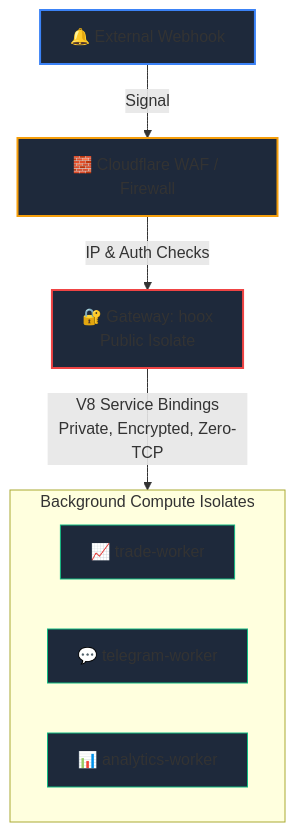
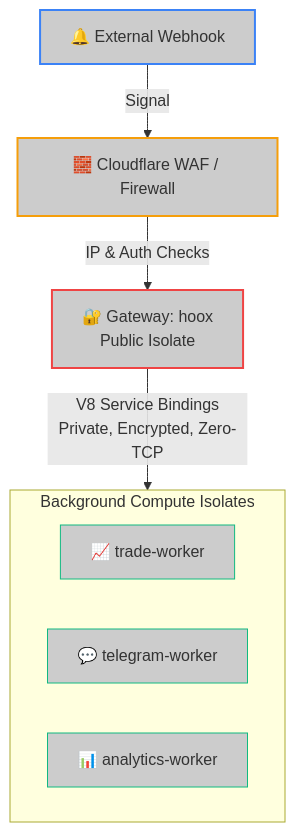
Before and after one commit to jango-blockchained/hoox-setup: the diagram in docs/devops/workers/hoox.md, drawn with Mermaid. The commit also changed 38 other files, not shown here.

````diff
--- a/docs/devops/workers/hoox.md
+++ b/docs/devops/workers/hoox.md
@@ -14,19 +14,19 @@
 ```mermaid
 graph TD
     Alert["🔔 External Webhook"] -->|Signal| WAF["🧱 Cloudflare WAF / Firewall"]
     WAF -->|IP & Auth Checks| Gateway["🔐 Gateway: hoox<br/>Public Isolate"]
     Gateway -->|V8 Service Bindings<br/>Private, Encrypted, Zero-TCP| Compute["Background Nodes"]
 
     subgraph Compute ["Background Compute Isolates"]
         Trade["📈 trade-worker"]
         Tele["💬 telegram-worker"]
         Anal["📊 analytics-worker"]
     end
 
-    style Alert fill:#1e293b,stroke:#3b82f6,stroke-width:2
-    style WAF fill:#1e293b,stroke:#f59e0b,stroke-width:2
-    style Gateway fill:#1e293b,stroke:#ef4444,stroke-width:2
-    style Trade fill:#1e293b,stroke:#10b981,stroke-width:1
-    style Tele fill:#1e293b,stroke:#10b981,stroke-width:1
-    style Anal fill:#1e293b,stroke:#10b981,stroke-width:1
+    style Alert fill:#CCCCCC,stroke:#3b82f6,stroke-width:2
+    style WAF fill:#CCCCCC,stroke:#f59e0b,stroke-width:2
+    style Gateway fill:#CCCCCC,stroke:#ef4444,stroke-width:2
+    style Trade fill:#CCCCCC,stroke:#10b981,stroke-width:1
+    style Tele fill:#CCCCCC,stroke:#10b981,stroke-width:1
+    style Anal fill:#CCCCCC,stroke:#10b981,stroke-width:1
 ```
````
